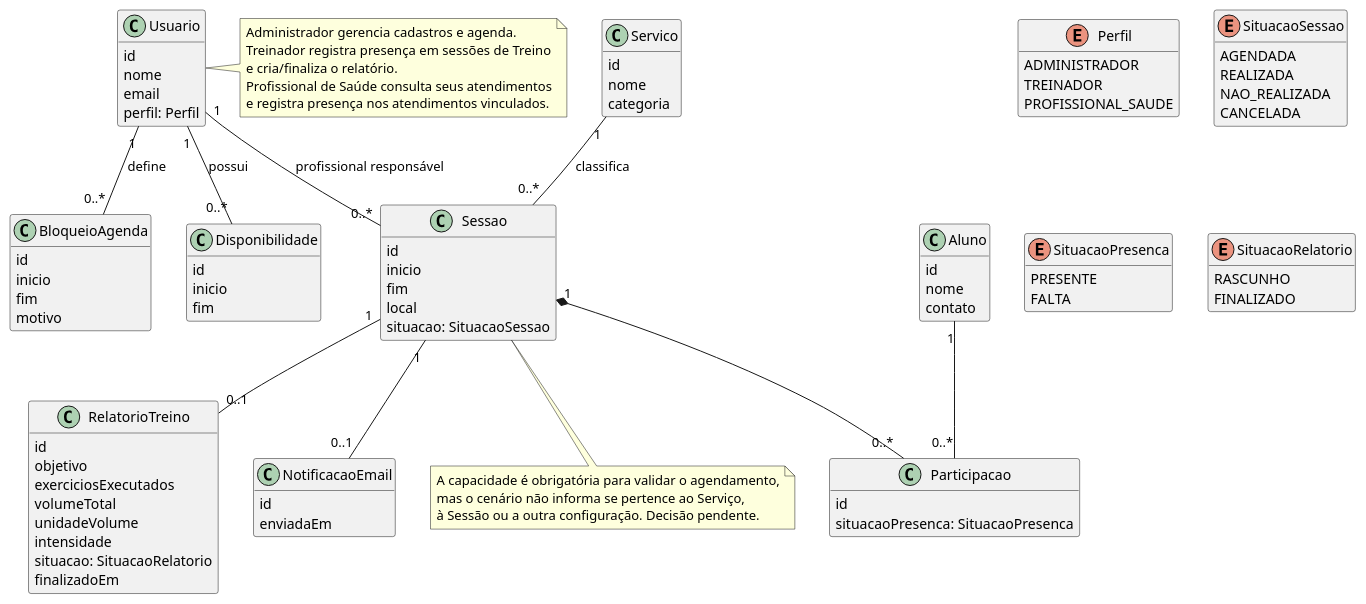
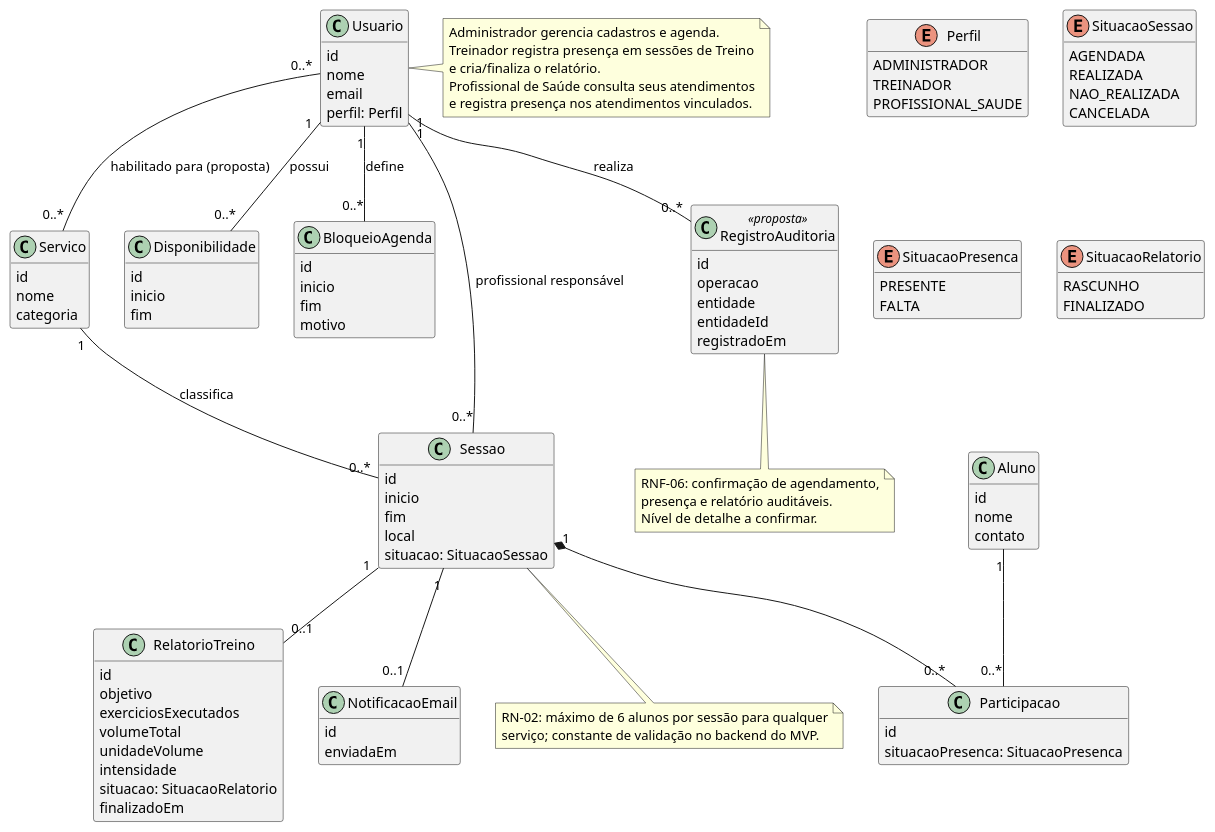
The diagram in docs/Elaboracao/diagrama_de_classes.md (Projetos-de-Extensao/PECDII_26.2_8001_I), drawn with PlantUML before and after one commit. The commit also changed other lines of this file and 22 other files, not shown here.

````diff
--- a/docs/Elaboracao/diagrama_de_classes.md
+++ b/docs/Elaboracao/diagrama_de_classes.md
@@ -85,10 +85,19 @@
   id
   enviadaEm
 }
+class RegistroAuditoria <<proposta>> {
+  id
+  operacao
+  entidade
+  entidadeId
+  registradoEm
+}
 
 Usuario "1" -- "0..*" Disponibilidade : possui
 Usuario "1" -- "0..*" BloqueioAgenda : define
 Usuario "1" -- "0..*" Sessao : profissional responsável
+Usuario "0..*" -- "0..*" Servico : habilitado para (proposta)
+Usuario "1" -- "0..*" RegistroAuditoria : realiza
 Servico "1" -- "0..*" Sessao : classifica
 Aluno "1" -- "0..*" Participacao
 Sessao "1" *-- "0..*" Participacao
@@ -103,9 +112,13 @@
   e registra presença nos atendimentos vinculados.
 end note
 note bottom of Sessao
-  A capacidade é obrigatória para validar o agendamento,
-  mas o cenário não informa se pertence ao Serviço,
-  à Sessão ou a outra configuração. Decisão pendente.
+  RN-02: máximo de 6 alunos por sessão para qualquer
+  serviço; constante de validação no backend do MVP.
+end note
+note bottom of RegistroAuditoria
+  RNF-06: confirmação de agendamento,
+  presença e relatório auditáveis.
+  Nível de detalhe a confirmar.
 end note
 @enduml
 ```
````
